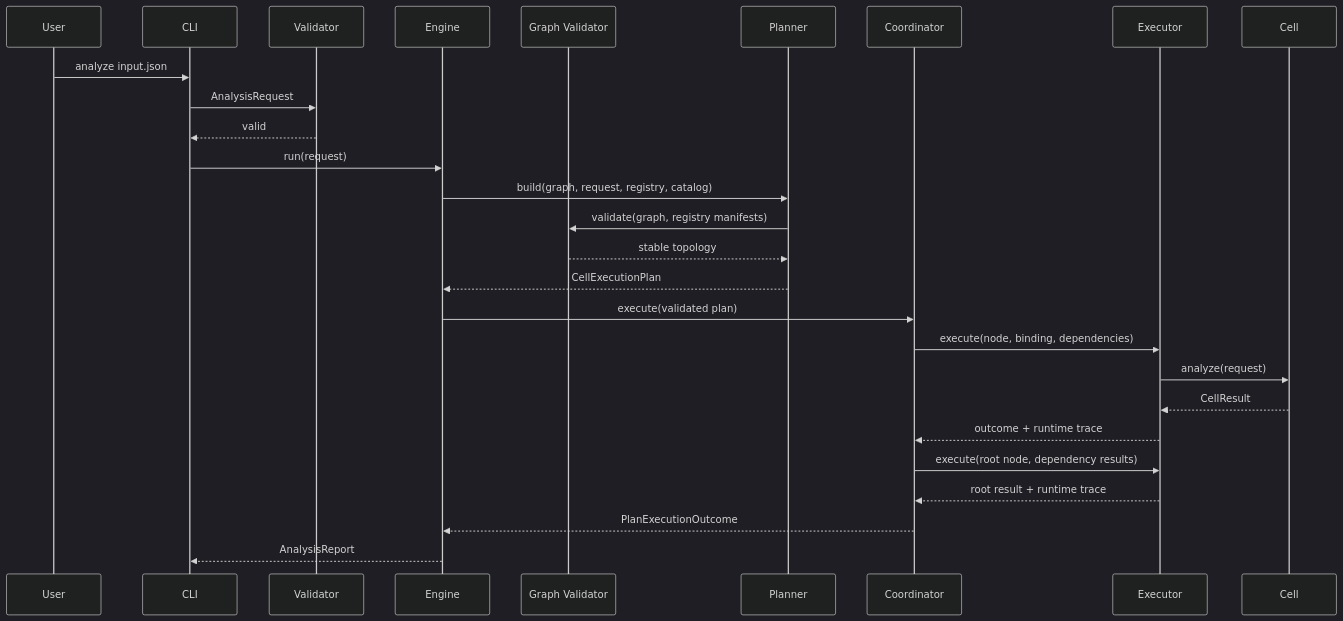
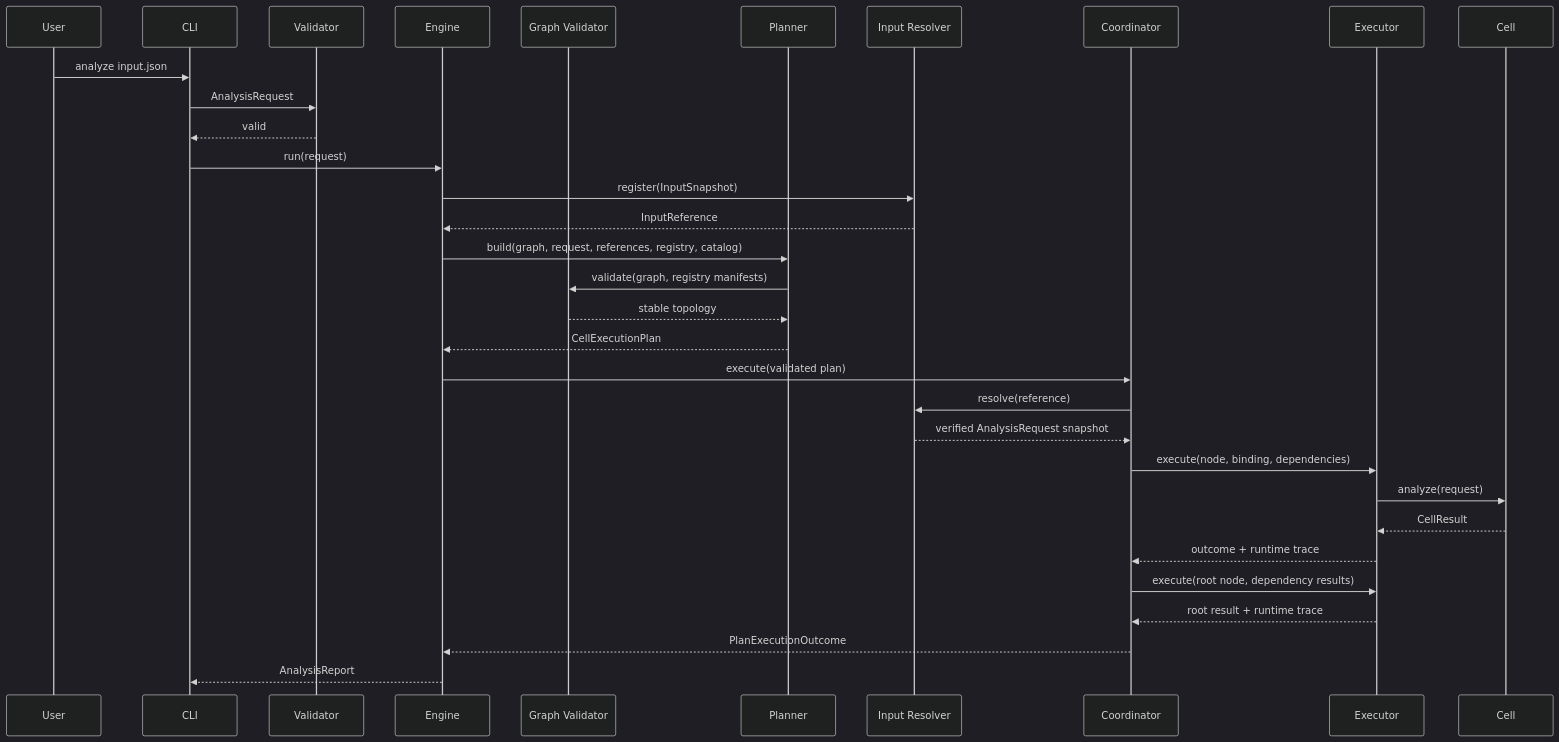
The second of 2 diagrams in docs/backend_design.md (ModWU/market-cell), drawn with Mermaid (dark theme) before and after one commit. The commit also changed other lines of this file and 42 other files, not shown here.

````diff
--- a/docs/backend_design.md
+++ b/docs/backend_design.md
@@ -76,29 +80,34 @@
 ```mermaid
 sequenceDiagram
     participant U as User
     participant CLI as CLI
     participant V as Validator
     participant E as Engine
     participant G as Graph Validator
     participant P as Planner
+    participant I as Input Resolver
     participant O as Coordinator
     participant X as Executor
     participant C as Cell
     U->>CLI: analyze input.json
     CLI->>V: AnalysisRequest
     V-->>CLI: valid
     CLI->>E: run(request)
-    E->>P: build(graph, request, registry, catalog)
+    E->>I: register(InputSnapshot)
+    I-->>E: InputReference
+    E->>P: build(graph, request, references, registry, catalog)
     P->>G: validate(graph, registry manifests)
     G-->>P: stable topology
     P-->>E: CellExecutionPlan
     E->>O: execute(validated plan)
+    O->>I: resolve(reference)
+    I-->>O: verified AnalysisRequest snapshot
     O->>X: execute(node, binding, dependencies)
     X->>C: analyze(request)
     C-->>X: CellResult
     X-->>O: outcome + runtime trace
     O->>X: execute(root node, dependency results)
     X-->>O: root result + runtime trace
     O-->>E: PlanExecutionOutcome
     E-->>CLI: AnalysisReport
 ```
````
